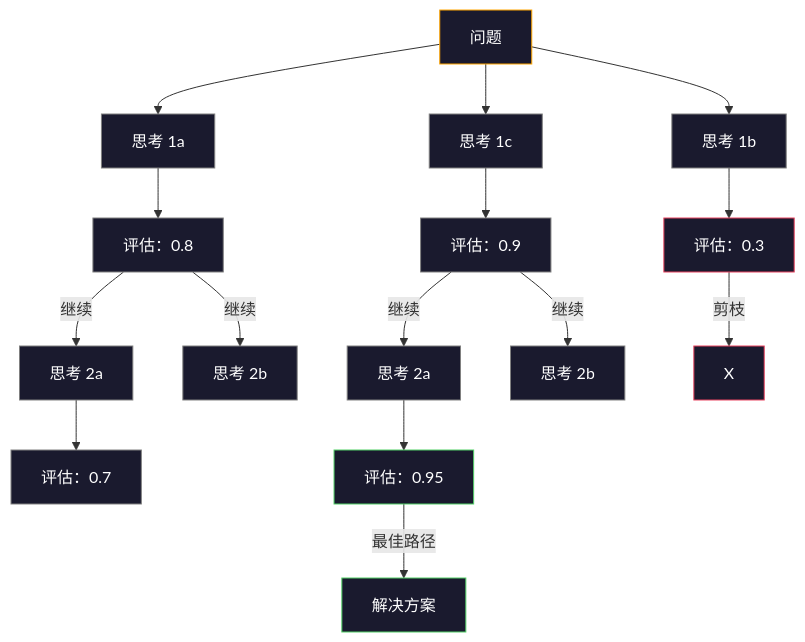
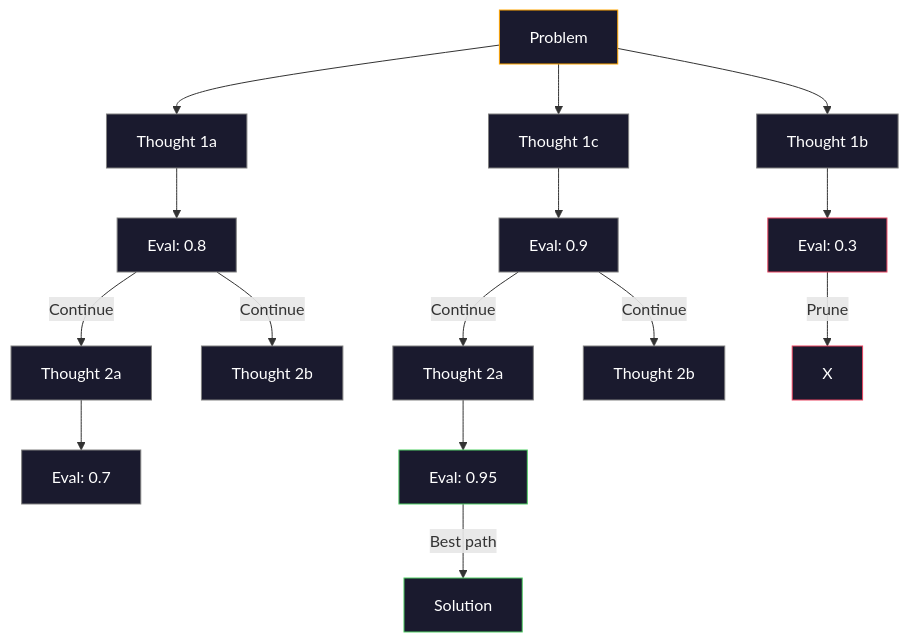
Before and after one commit to xiaojiaenen/ai-engineering-from-scratch-zh: the fourth of 6 diagrams in i18n/zh/phases/11-llm-engineering/02-few-shot-cot/docs/zh.md, drawn with Mermaid. The commit also changed other lines of this file and 17 other files, not shown here.

````diff
--- a/i18n/zh/phases/11-llm-engineering/02-few-shot-cot/docs/zh.md
+++ b/i18n/zh/phases/11-llm-engineering/02-few-shot-cot/docs/zh.md
@@ -147,38 +147,38 @@
 ```mermaid
 graph TD
-    Root["问题"] --> B1["思考 1a"]
-    Root --> B2["思考 1b"]
-    Root --> B3["思考 1c"]
+    Root["Problem"] --> B1["Thought 1a"]
+    Root --> B2["Thought 1b"]
+    Root --> B3["Thought 1c"]
 
-    B1 --> E1["评估：0.8"]
-    B2 --> E2["评估：0.3"]
-    B3 --> E3["评估：0.9"]
+    B1 --> E1["Eval: 0.8"]
+    B2 --> E2["Eval: 0.3"]
+    B3 --> E3["Eval: 0.9"]
 
-    E1 -->|继续| B1a["思考 2a"]
-    E1 -->|继续| B1b["思考 2b"]
-    E3 -->|继续| B3a["思考 2a"]
-    E3 -->|继续| B3b["思考 2b"]
+    E1 -->|Continue| B1a["Thought 2a"]
+    E1 -->|Continue| B1b["Thought 2b"]
+    E3 -->|Continue| B3a["Thought 2a"]
+    E3 -->|Continue| B3b["Thought 2b"]
 
-    E2 -->|剪枝| X["X"]
+    E2 -->|Prune| X["X"]
 
-    B1a --> E4["评估：0.7"]
-    B3a --> E5["评估：0.95"]
+    B1a --> E4["Eval: 0.7"]
+    B3a --> E5["Eval: 0.95"]
 
-    E5 -->|最佳路径| Final["解决方案"]
+    E5 -->|Best path| Final["Solution"]
 
     style Root fill:#1a1a2e,stroke:#ffa500,color:#fff
     style E2 fill:#1a1a2e,stroke:#e94560,color:#fff
     style X fill:#1a1a2e,stroke:#e94560,color:#fff
     style E5 fill:#1a1a2e,stroke:#51cf66,color:#fff
     style Final fill:#1a1a2e,stroke:#51cf66,color:#fff
     style B1 fill:#1a1a2e,stroke:#808080,color:#fff
     style B2 fill:#1a1a2e,stroke:#808080,color:#fff
     style B3 fill:#1a1a2e,stroke:#808080,color:#fff
     style B1a fill:#1a1a2e,stroke:#808080,color:#fff
     style B1b fill:#1a1a2e,stroke:#808080,color:#fff
     style B3a fill:#1a1a2e,stroke:#808080,color:#fff
     style B3b fill:#1a1a2e,stroke:#808080,color:#fff
     style E1 fill:#1a1a2e,stroke:#808080,color:#fff
     style E3 fill:#1a1a2e,stroke:#808080,color:#fff
     style E4 fill:#1a1a2e,stroke:#808080,color:#fff
 ```
````
